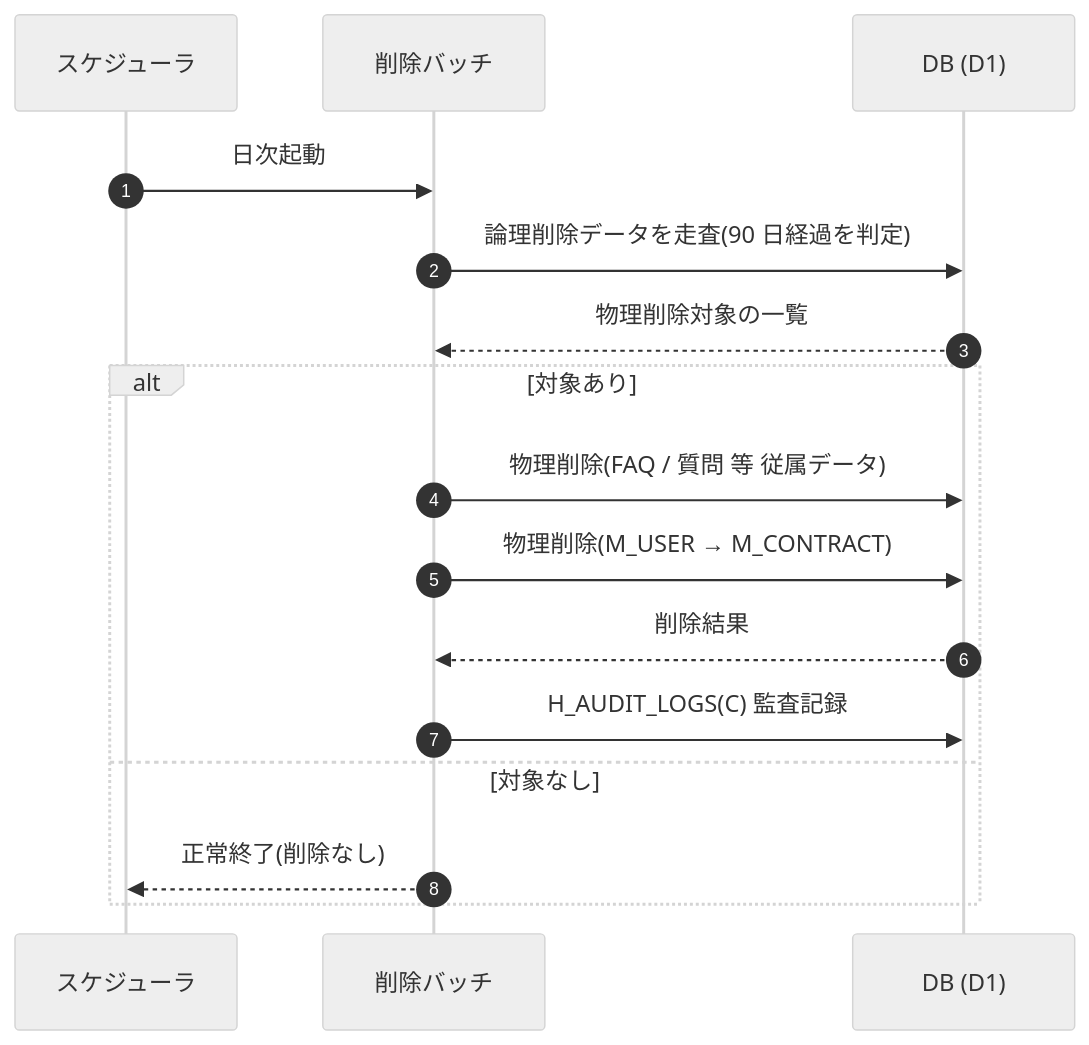
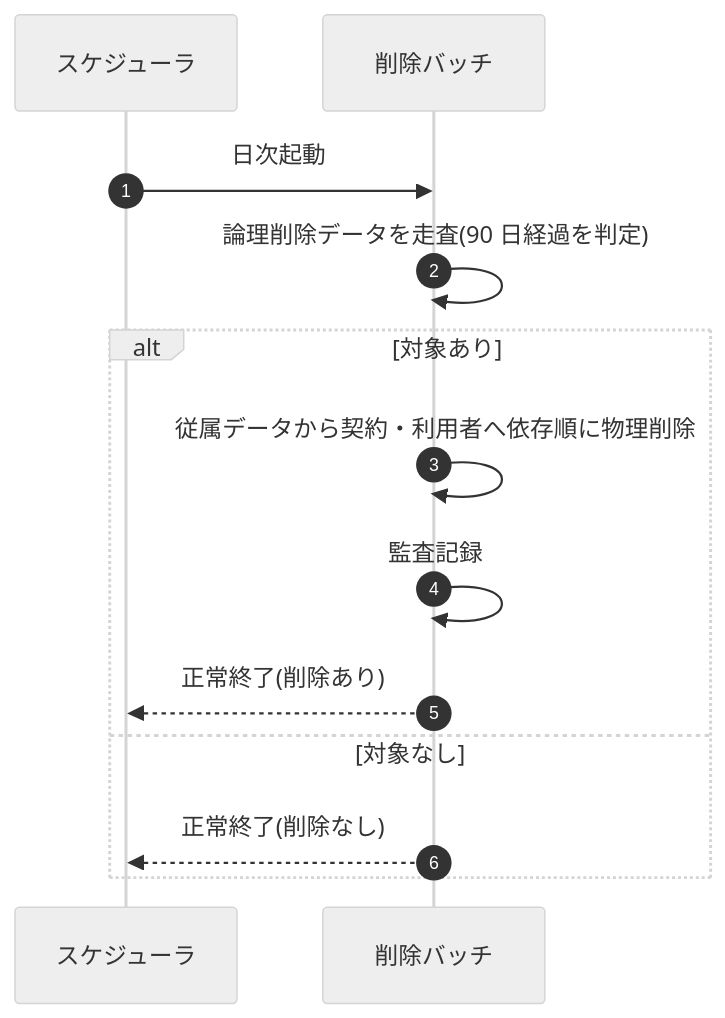
Before and after one commit to sikakou54/open-faq: the diagram in 02_basic_design/05_sequences/SEQ-092.md, drawn with Mermaid (neutral theme). The commit also changed other lines of this file and 108 other files, not shown here.

First line of the commit message:
基本設計: シーケンス図を基本設計粒度(ユーザー/画面/サーバー)へ再編成

````diff
--- a/02_basic_design/05_sequences/SEQ-092.md
+++ b/02_basic_design/05_sequences/SEQ-092.md
@@ -25,18 +32,15 @@
 ```mermaid
 sequenceDiagram
   autonumber
   participant SCH as スケジューラ
   participant B as 削除バッチ
-  participant DB as DB (D1)
   SCH->>B: 日次起動
-  B->>DB: 論理削除データを走査(90 日経過を判定)
-  DB-->>B: 物理削除対象の一覧
+  B->>B: 論理削除データを走査(90 日経過を判定)
   alt 対象あり
-    B->>DB: 物理削除(FAQ / 質問 等 従属データ)
-    B->>DB: 物理削除(M_USER → M_CONTRACT)
-    DB-->>B: 削除結果
-    B->>DB: H_AUDIT_LOGS(C) 監査記録
+    B->>B: 従属データから契約・利用者へ依存順に物理削除
+    B->>B: 監査記録
+    B-->>SCH: 正常終了(削除あり)
   else 対象なし
     B-->>SCH: 正常終了(削除なし)
   end
 ```
````
